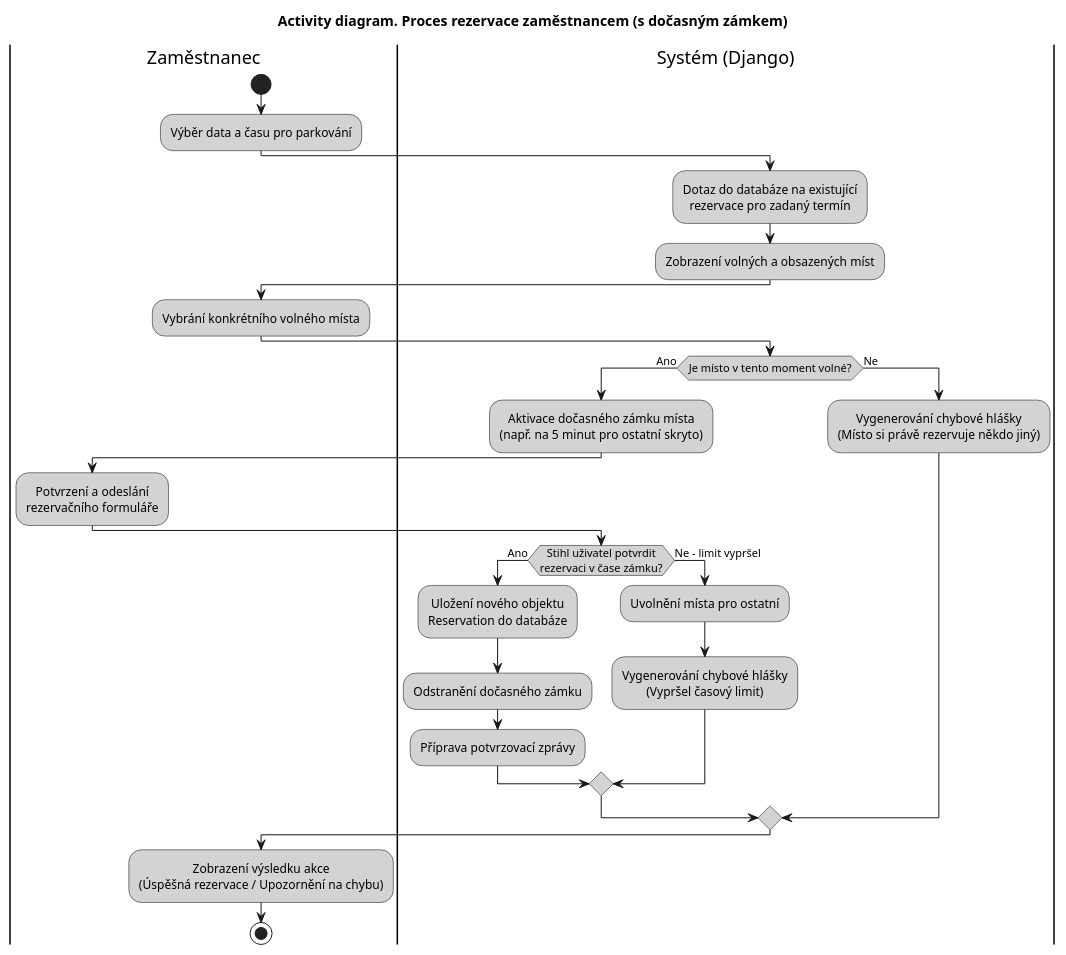
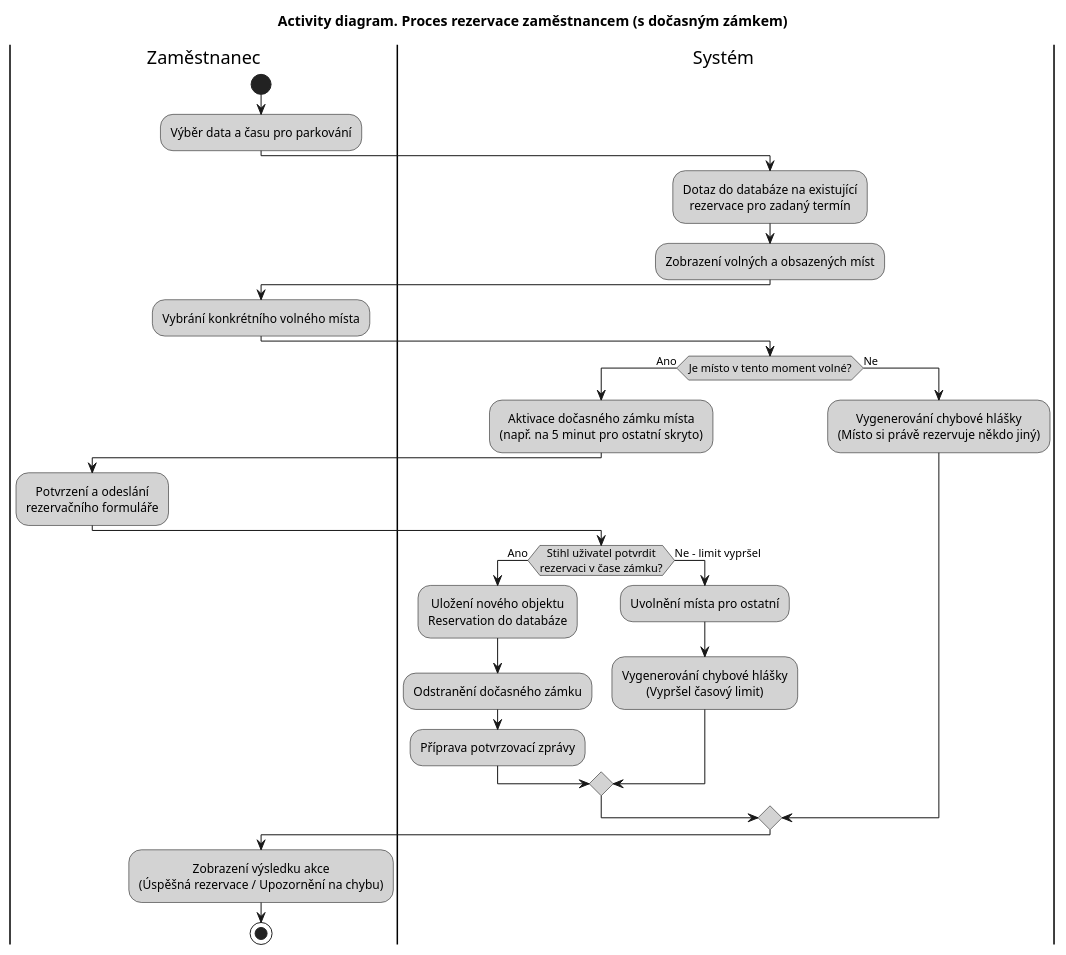
One commit to AidenCze/SWI-Project changed the diagram in docs/diagramy/activity-reservation.puml. Above: the diagram before and after it, drawn with PlantUML. The commit also changed 5 other files, not shown here.

Commit message:
Refactor activity diagrams to remove references to Django and improve clarity

```diff
--- a/docs/diagramy/activity-reservation.puml
+++ b/docs/diagramy/activity-reservation.puml
@@ -1,50 +1,50 @@
 @startuml
 title Activity diagram. Proces rezervace zaměstnancem (s dočasným zámkem)
 
 skinparam ActivityBackgroundColor LightGray
 skinparam ActivityBorderColor Black
 skinparam defaultTextAlignment center
 
 ' Definice plaveckých drah
 |Zaměstnanec|
-|Systém (Django)|
+|Systém |
 
 |Zaměstnanec|
 start
 :Výběr data a času pro parkování;
 
-|Systém (Django)|
+|Systém |
 :Dotaz do databáze na existující\nrezervace pro zadaný termín;
 :Zobrazení volných a obsazených míst;
 
 |Zaměstnanec|
 :Vybrání konkrétního volného místa;
 
-|Systém (Django)|
+|Systém |
 ' První kontrola: Byli jsme první, kdo na místo klikl?
 if (Je místo v tento moment volné?) then (Ano)
     :Aktivace dočasného zámku místa\n(např. na 5 minut pro ostatní skryto);
     
     |Zaměstnanec|
     :Potvrzení a odeslání\nrezervačního formuláře;
     
-    |Systém (Django)|
+    |Systém |
     ' Druhá kontrola: Stihl to v časovém limitu?
     if (Stihl uživatel potvrdit\nrezervaci v čase zámku?) then (Ano)
         :Uložení nového objektu\nReservation do databáze;
         :Odstranění dočasného zámku;
         :Příprava potvrzovací zprávy;
     else (Ne - limit vypršel)
         :Uvolnění místa pro ostatní;
         :Vygenerování chybové hlášky\n(Vypršel časový limit);
     endif
 
 else (Ne)
     :Vygenerování chybové hlášky\n(Místo si právě rezervuje někdo jiný);
 endif
 
 ' Společné sjednocení čistě na frontendu (u zaměstnance)
 |Zaměstnanec|
 :Zobrazení výsledku akce\n(Úspěšná rezervace / Upozornění na chybu);
 stop
 @enduml
```
